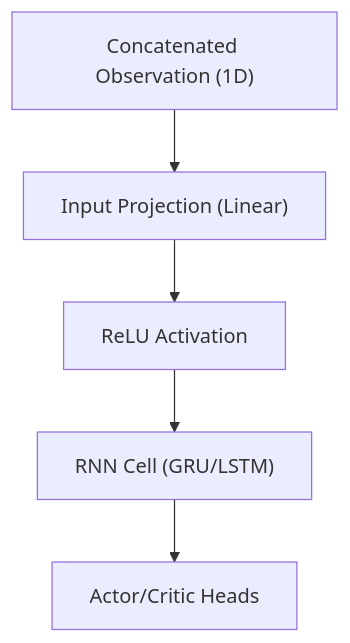
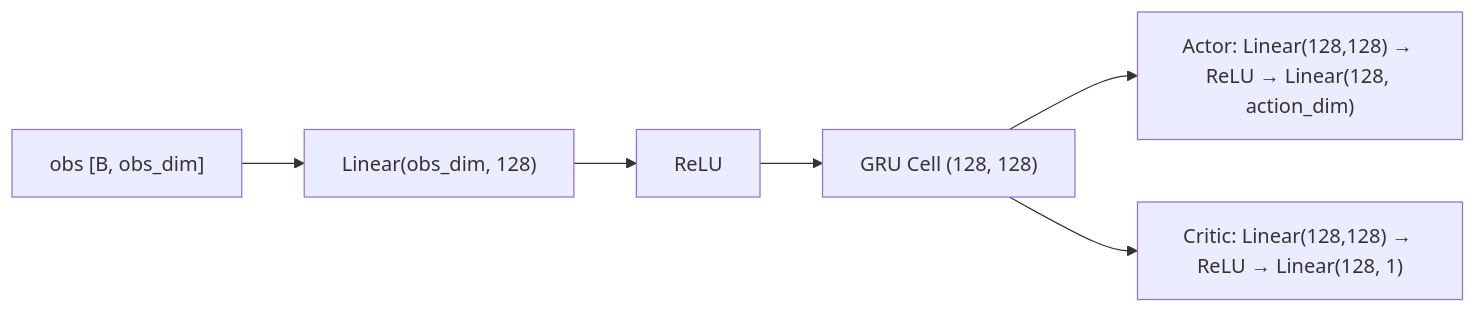
The first of 7 diagrams in docs/NETWORK_ENCODING_REVIEW.md (Sungwoo-Lee/grid_world_pain), drawn with Mermaid before and after one commit. The commit also changed other lines of this file and 19 other files, not shown here.

````diff
--- a/docs/NETWORK_ENCODING_REVIEW.md
+++ b/docs/NETWORK_ENCODING_REVIEW.md
@@ -32,7 +35,8 @@
 ```mermaid
-graph TD
-    Obs["Concatenated Observation (1D)"] --> InputProj["Input Projection (Linear)"]
-    InputProj --> Act["ReLU Activation"]
-    Act --> RNN["RNN Cell (GRU/LSTM)"]
-    RNN --> Heads["Actor/Critic Heads"]
+graph LR
+    Obs["obs [B, obs_dim]"] --> Lin["Linear(obs_dim, 128)"]
+    Lin --> ReLU["ReLU"]
+    ReLU --> GRU["GRU Cell (128, 128)"]
+    GRU --> A["Actor: Linear(128,128) → ReLU → Linear(128, action_dim)"]
+    GRU --> C["Critic: Linear(128,128) → ReLU → Linear(128, 1)"]
 ```
````
